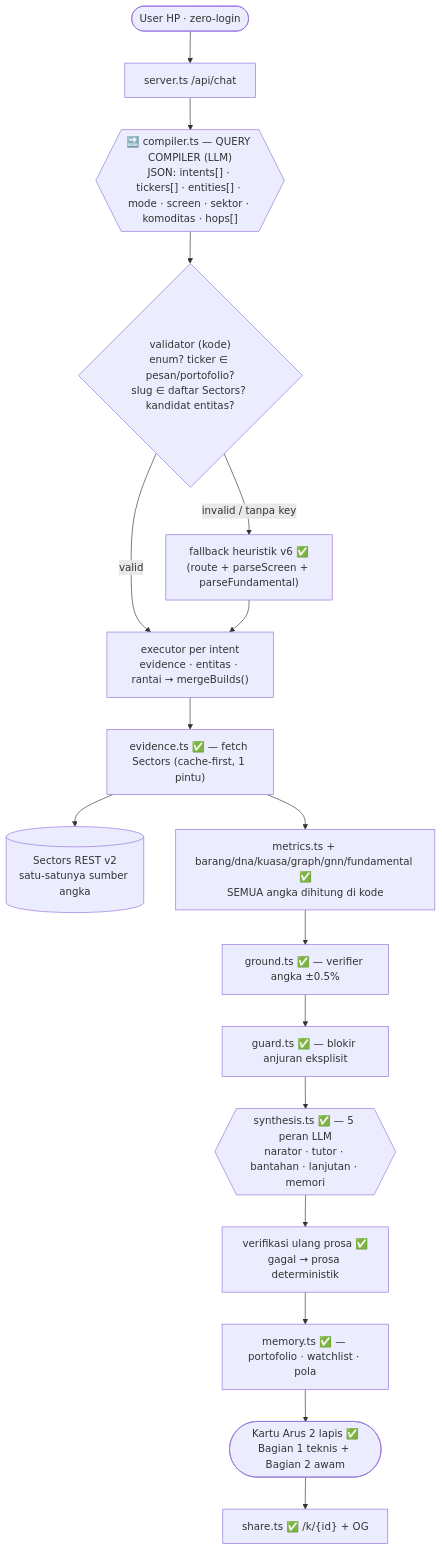
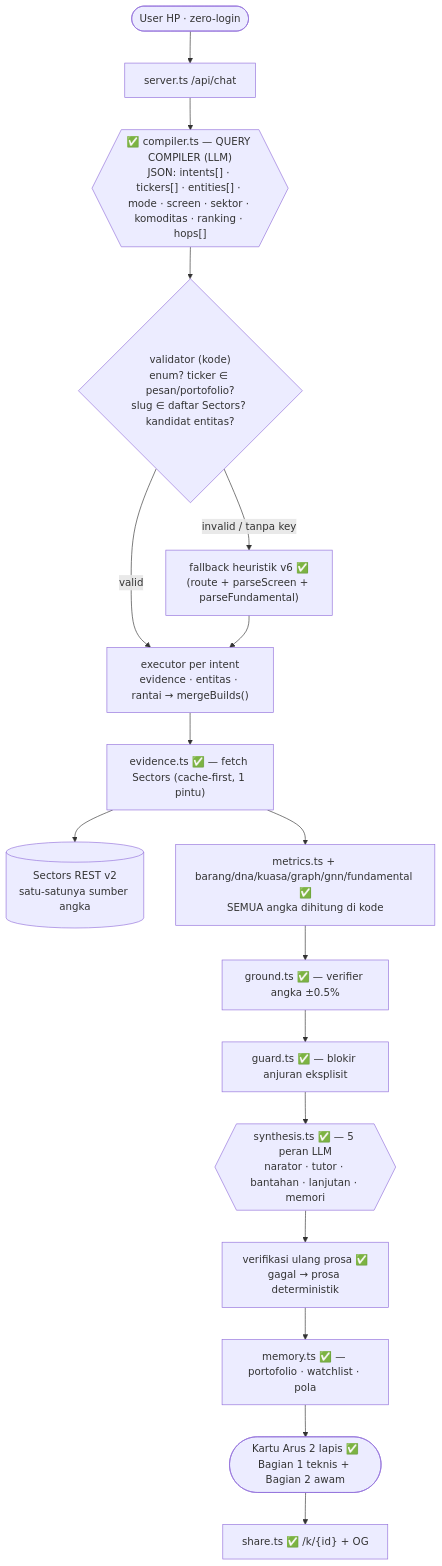
Before and after one commit to chukbert/sectors-hackathon-2026: the first of 4 diagrams in ARCHITECTURE.md, drawn with Mermaid. The commit also changed other lines of this file and 18 other files, not shown here.

````diff
--- a/ARCHITECTURE.md
+++ b/ARCHITECTURE.md
@@ -28,19 +28,19 @@
 ```mermaid
 flowchart TD
     U(["User HP · zero-login"]) --> CHAT["server.ts /api/chat"]
-    CHAT --> CMP{{"🔜 compiler.ts — QUERY COMPILER (LLM)<br/>JSON: intents[] · tickers[] · entities[] · mode · screen · sektor · komoditas · hops[]"}}
+    CHAT --> CMP{{"✅ compiler.ts — QUERY COMPILER (LLM)<br/>JSON: intents[] · tickers[] · entities[] · mode · screen · sektor · komoditas · ranking · hops[]"}}
     CMP --> VAL{"validator (kode)<br/>enum? ticker ∈ pesan/portofolio?<br/>slug ∈ daftar Sectors? kandidat entitas?"}
     VAL -->|"valid"| EXE["executor per intent<br/>evidence · entitas · rantai → mergeBuilds()"]
     VAL -->|"invalid / tanpa key"| HEU["fallback heuristik v6 ✅<br/>(route + parseScreen + parseFundamental)"]
     HEU --> EXE
     EXE --> EV["evidence.ts ✅ — fetch Sectors (cache-first, 1 pintu)"]
     EV --> SEC[("Sectors REST v2<br/>satu-satunya sumber angka")]
     EV --> MET["metrics.ts + barang/dna/kuasa/graph/gnn/fundamental ✅<br/>SEMUA angka dihitung di kode"]
     MET --> GRD["ground.ts ✅ — verifier angka ±0.5%"]
     GRD --> GUA["guard.ts ✅ — blokir anjuran eksplisit"]
     GUA --> SYN{{"synthesis.ts ✅ — 5 peran LLM<br/>narator · tutor · bantahan · lanjutan · memori"}}
     SYN --> GRD2["verifikasi ulang prosa ✅<br/>gagal → prosa deterministik"]
     GRD2 --> MEM["memory.ts ✅ — portofolio · watchlist · pola"]
     MEM --> K(["Kartu Arus 2 lapis ✅<br/>Bagian 1 teknis + Bagian 2 awam"])
     K --> SH["share.ts ✅ /k/{id} + OG"]
 ```
````
